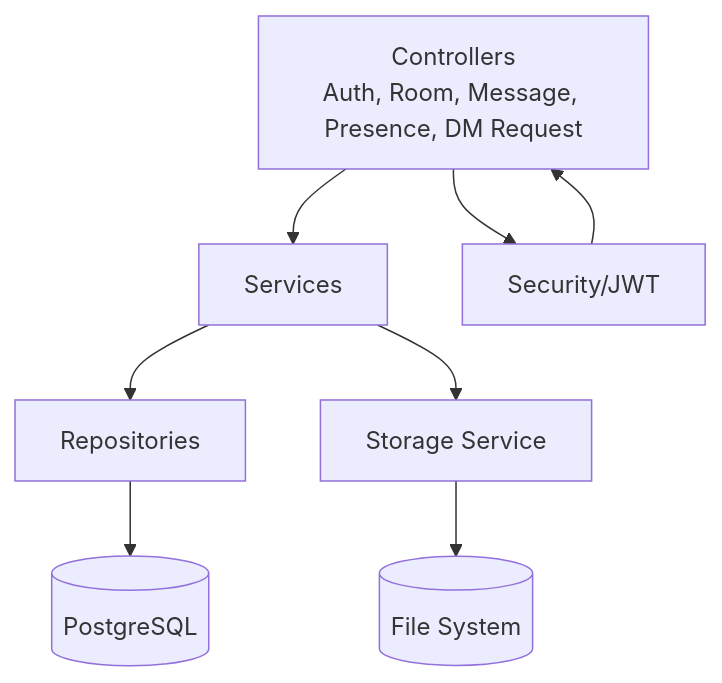
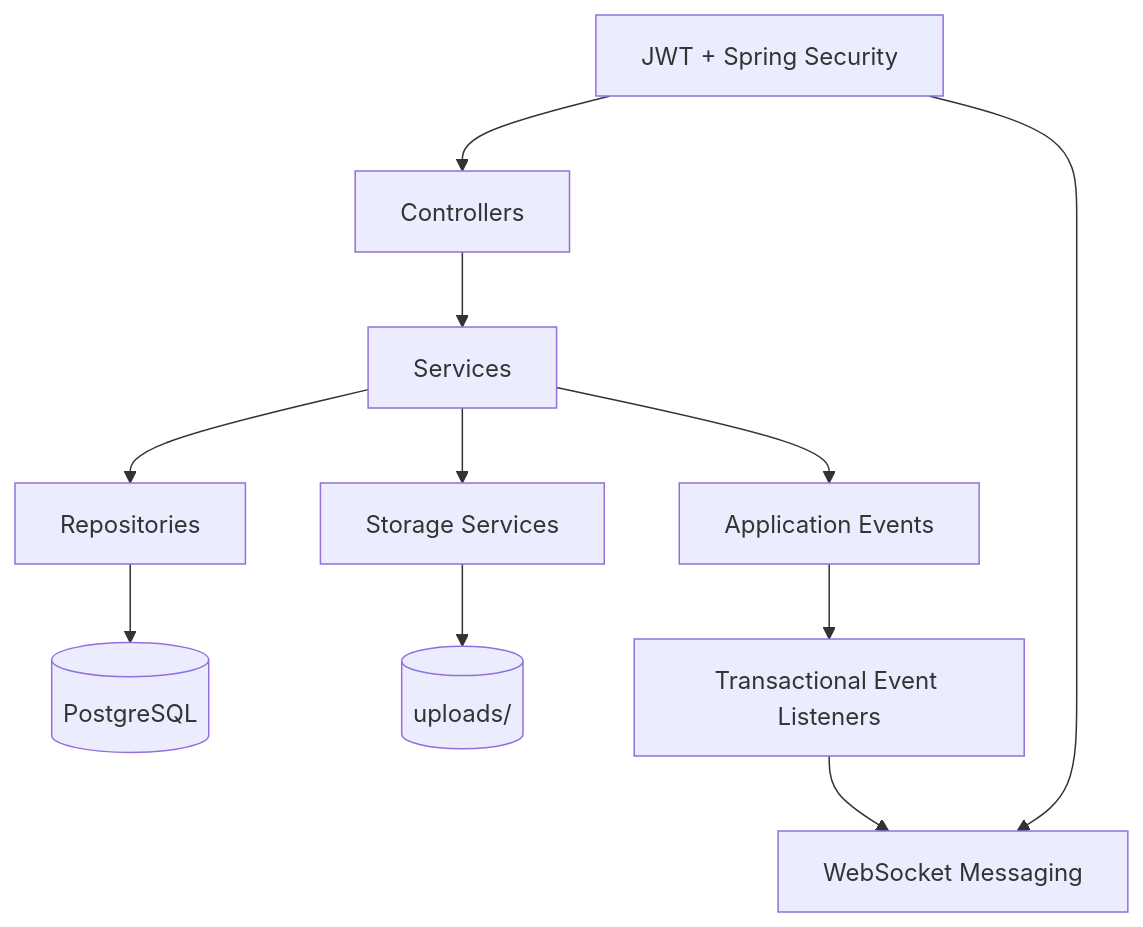
Before and after one commit to NiranjanS8/Whisprly: the second of 4 diagrams in ARCHITECTURE.md, drawn with Mermaid. The commit also changed other lines of this file, not shown here.

Commit message:
ARCHITECTURE updated

````diff
--- a/ARCHITECTURE.md
+++ b/ARCHITECTURE.md
@@ -17,10 +31,13 @@
 ```mermaid
 flowchart TB
-    C[Controllers<br/>Auth, Room, Message, Presence, DM Request] --> B[Services]
-    B --> R[Repositories]
-    R --> D[(PostgreSQL)]
-    B --> ST[Storage Service]
-    ST --> F[(File System)]
-    C --> SEC[Security/JWT]
-    SEC --> C
+    CTRL[Controllers] --> SVC[Services]
+    SVC --> REPO[Repositories]
+    REPO --> DB[(PostgreSQL)]
+    SVC --> STORAGE[Storage Services]
+    STORAGE --> FILES[(uploads/)]
+    SVC --> EVENTS[Application Events]
+    EVENTS --> LISTENERS[Transactional Event Listeners]
+    LISTENERS --> WS[WebSocket Messaging]
+    SECURITY[JWT + Spring Security] --> CTRL
+    SECURITY --> WS
 ```
````
